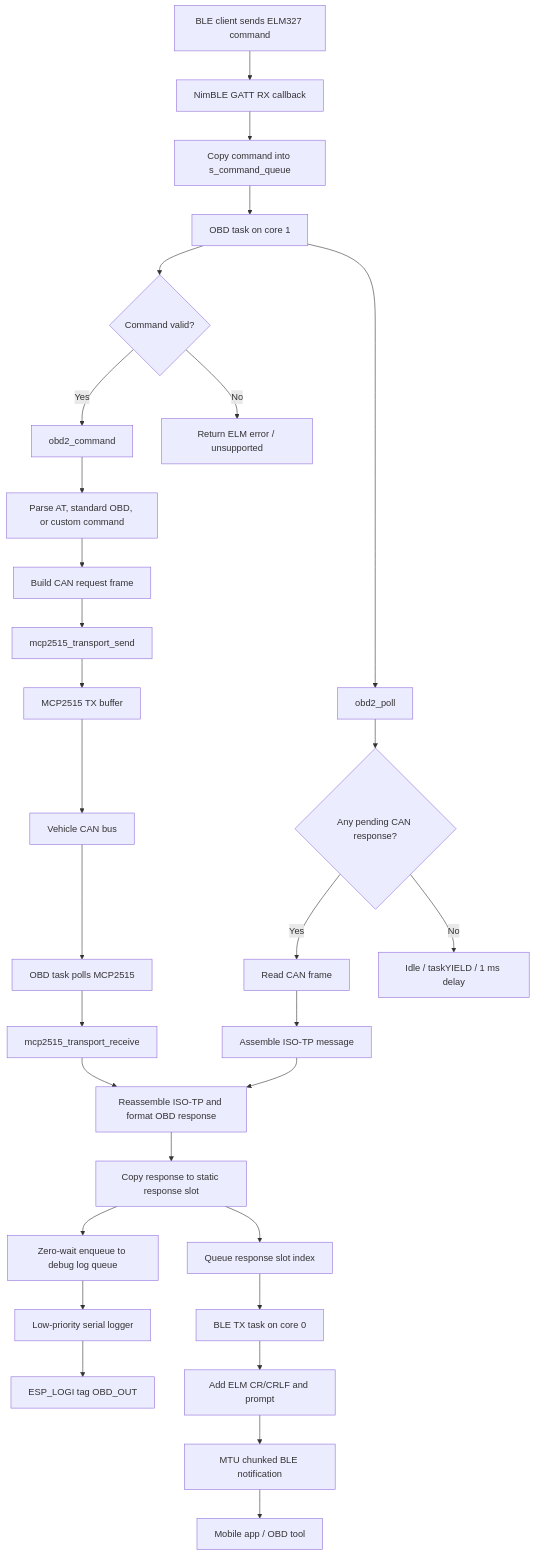
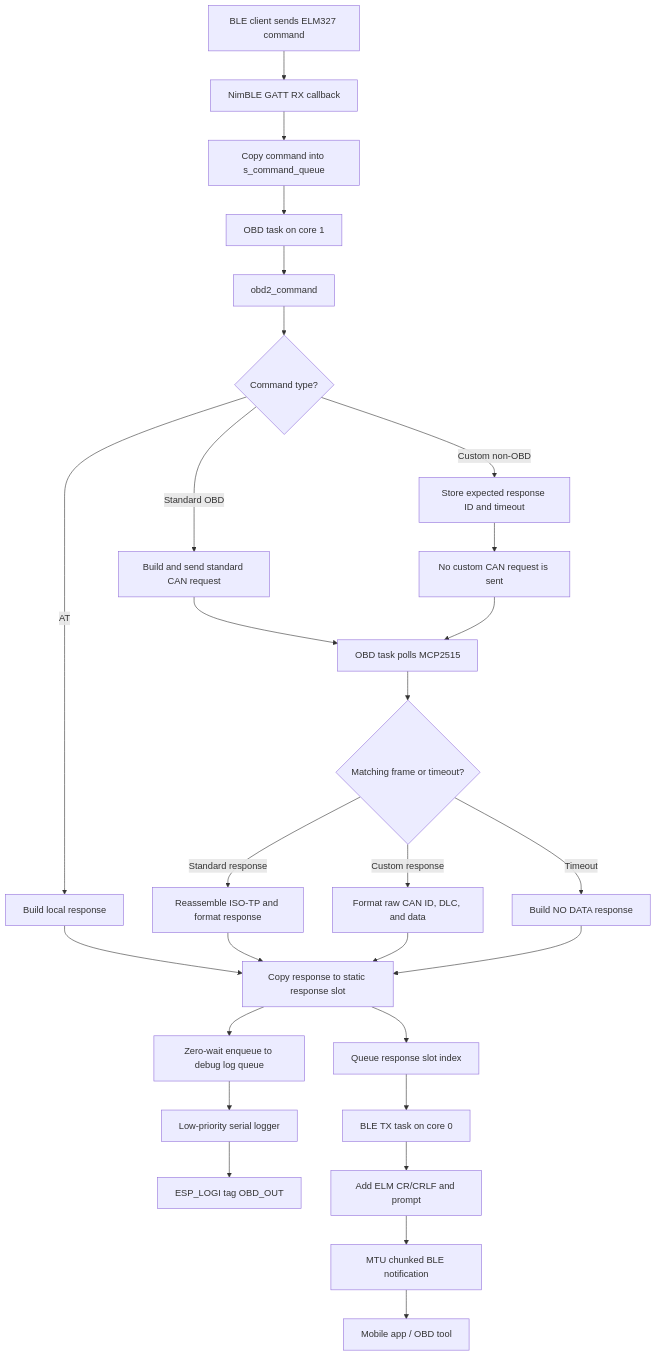
One commit to ASTI-ITS/ITS-test changed the first of 7 diagrams in OBD_BLE_FreeRTOS_C/flowchart.md. Above: the diagram before and after it, drawn with Mermaid. The commit also changed other lines of this file, not shown here.

Commit message:
updated flowchart_included non OBD process

````diff
--- a/OBD_BLE_FreeRTOS_C/flowchart.md
+++ b/OBD_BLE_FreeRTOS_C/flowchart.md
@@ -7,33 +7,30 @@
 ```mermaid
 graph TD
     A[BLE client sends ELM327 command] --> B[NimBLE GATT RX callback]
     B --> C[Copy command into s_command_queue]
     C --> D[OBD task on core 1]
-    D --> E{Command valid?}
-    E -- Yes --> F[obd2_command]
-    E -- No --> G[Return ELM error / unsupported]
-    F --> H[Parse AT, standard OBD, or custom command]
-    H --> I[Build CAN request frame]
-    I --> J[mcp2515_transport_send]
-    J --> K[MCP2515 TX buffer]
-    K --> L[Vehicle CAN bus]
-    L --> M[OBD task polls MCP2515]
-    M --> N[mcp2515_transport_receive]
-    N --> O[Reassemble ISO-TP and format OBD response]
-    O --> P[Copy response to static response slot]
+    D --> E[obd2_command]
+    E --> F{Command type?}
+    F -- AT --> G[Build local response]
+    F -- Standard OBD --> H[Build and send standard CAN request]
+    F -- Custom non-OBD --> I[Store expected response ID and timeout]
+    I --> J[No custom CAN request is sent]
+    H --> K[OBD task polls MCP2515]
+    J --> K
+    K --> L{Matching frame or timeout?}
+    L -- Standard response --> M[Reassemble ISO-TP and format response]
+    L -- Custom response --> N[Format raw CAN ID, DLC, and data]
+    L -- Timeout --> O[Build NO DATA response]
+    G --> P[Copy response to static response slot]
+    M --> P
+    N --> P
+    O --> P
     P --> Q[Zero-wait enqueue to debug log queue]
     Q --> R[Low-priority serial logger]
     R --> S[ESP_LOGI tag OBD_OUT]
     P --> T[Queue response slot index]
     T --> V[BLE TX task on core 0]
     V --> W[Add ELM CR/CRLF and prompt]
     W --> X[MTU chunked BLE notification]
     X --> U[Mobile app / OBD tool]
-
-    D --> AA[obd2_poll]
-    AA --> AB{Any pending CAN response?}
-    AB -- Yes --> AC[Read CAN frame]
-    AC --> AD[Assemble ISO-TP message]
-    AD --> O
-    AB -- No --> AE[Idle / taskYIELD / 1 ms delay]
 ```
````
